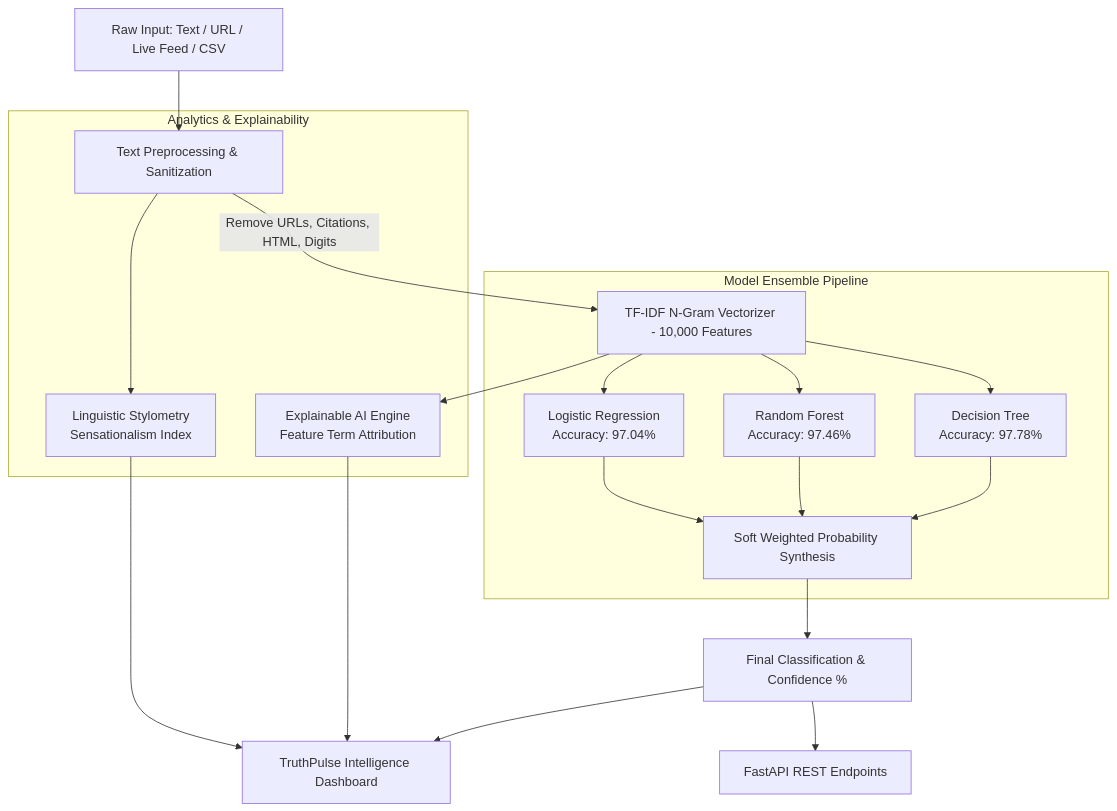
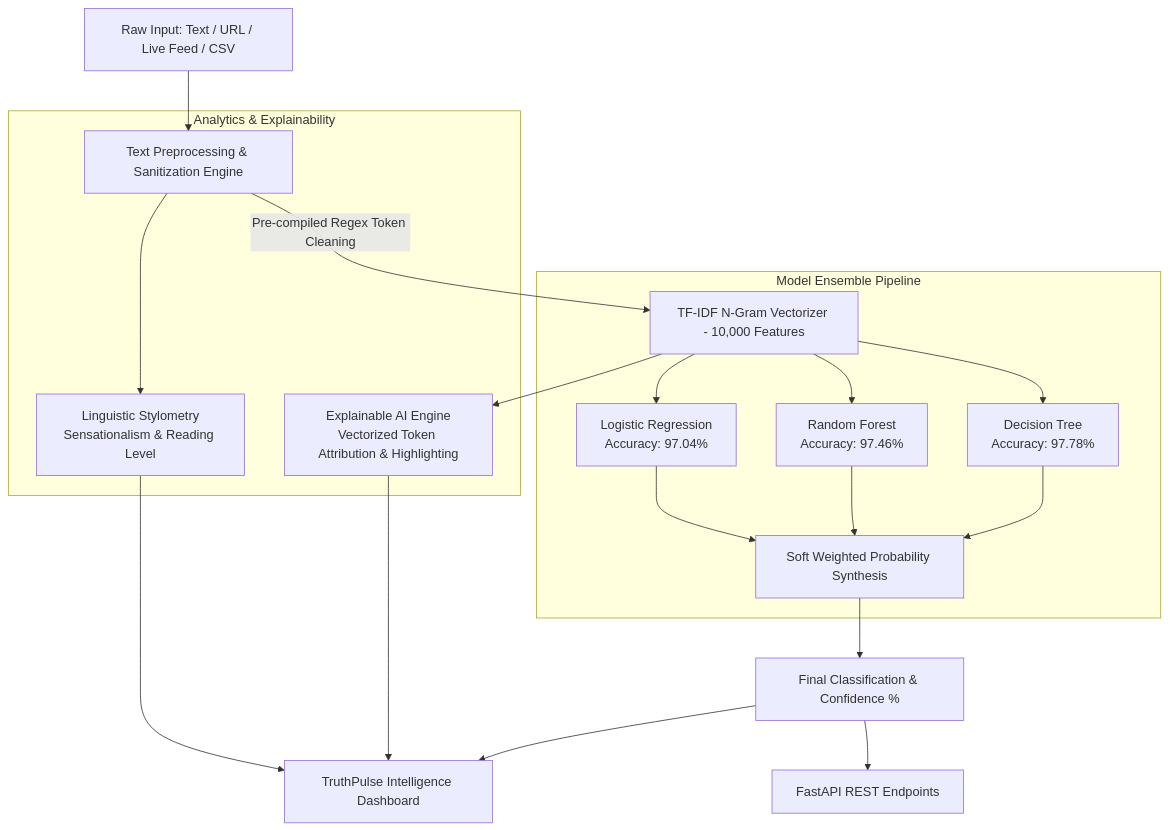
One commit to vasudev1876961/fake-news-detection changed the diagram in README.md. Above: the diagram before and after it, drawn with Mermaid. The commit also changed other lines of this file and 9 other files, not shown here.

Commit message:
perf & feat: optimize inference latency, add vectorized batch engine, in-text token highlighting, and container health probes

````diff
--- a/README.md
+++ b/README.md
@@ -38,25 +40,25 @@
 ```mermaid
 flowchart TD
-    A[Raw Input: Text / URL / Live Feed / CSV] --> B[Text Preprocessing & Sanitization]
-    B -->|Remove URLs, Citations, HTML, Digits| C[TF-IDF N-Gram Vectorizer - 10,000 Features]
+    A[Raw Input: Text / URL / Live Feed / CSV] --> B[Text Preprocessing & Sanitization Engine]
+    B -->|Pre-compiled Regex Token Cleaning| C[TF-IDF N-Gram Vectorizer - 10,000 Features]
     
     subgraph Model Ensemble Pipeline
         C --> D1[Logistic Regression<br/>Accuracy: 97.04%]
         C --> D2[Random Forest<br/>Accuracy: 97.46%]
         C --> D3[Decision Tree<br/>Accuracy: 97.78%]
         D1 --> E[Soft Weighted Probability Synthesis]
         D2 --> E
         D3 --> E
     end
     
     subgraph Analytics & Explainability
-        B --> F1[Linguistic Stylometry<br/>Sensationalism Index]
-        C --> F2[Explainable AI Engine<br/>Feature Term Attribution]
+        B --> F1[Linguistic Stylometry<br/>Sensationalism & Reading Level]
+        C --> F2[Explainable AI Engine<br/>Vectorized Token Attribution & Highlighting]
     end
     
     E --> G[Final Classification & Confidence %]
     F1 --> H[TruthPulse Intelligence Dashboard]
     F2 --> H
     G --> H
     G --> I[FastAPI REST Endpoints]
 ```
````
